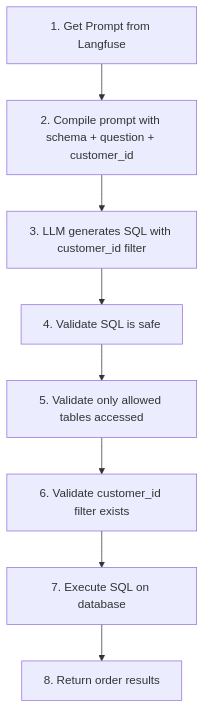
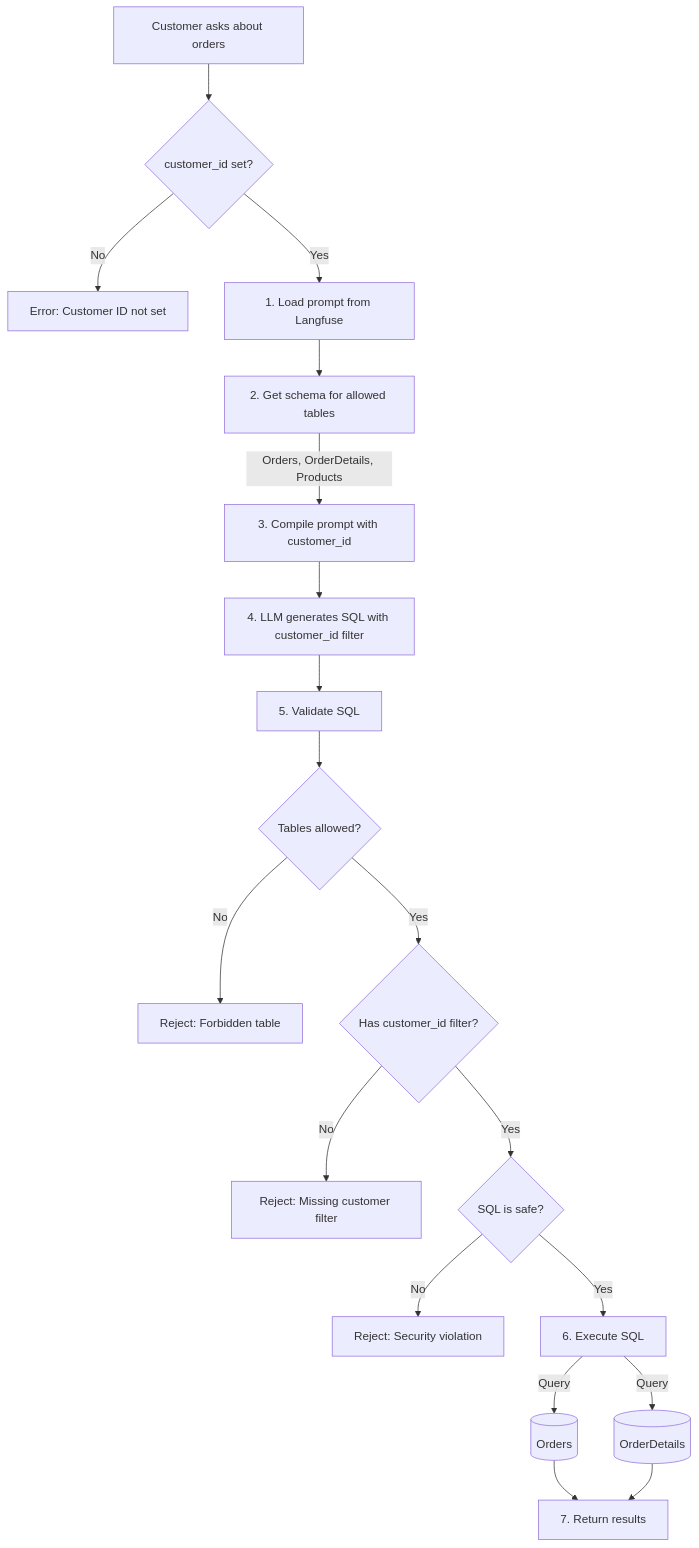
The first of 2 diagrams in docs/multi-agent-systems/modules/tools/knowledge_retrieval/sql/customer/order.md (mhokchuekchuek/mtl_agent), drawn with Mermaid before and after one commit. The commit also changed other lines of this file and 45 other files, not shown here.

````diff
--- a/docs/multi-agent-systems/modules/tools/knowledge_retrieval/sql/customer/order.md
+++ b/docs/multi-agent-systems/modules/tools/knowledge_retrieval/sql/customer/order.md
@@ -34,10 +25,28 @@
 ```mermaid
 flowchart TD
-    A[1. Get Prompt from Langfuse] --> B[2. Compile prompt with schema + question + customer_id]
-    B --> C[3. LLM generates SQL with customer_id filter]
-    C --> D[4. Validate SQL is safe]
-    D --> E[5. Validate only allowed tables accessed]
-    E --> F[6. Validate customer_id filter exists]
-    F --> G[7. Execute SQL on database]
-    G --> H[8. Return order results]
+    START[Customer asks about orders] --> CHECK_ID{customer_id set?}
+    CHECK_ID --> |No| ERROR[Error: Customer ID not set]
+    
+    CHECK_ID --> |Yes| PROMPT[1. Load prompt from Langfuse]
+    PROMPT --> SCHEMA[2. Get schema for allowed tables]
+    SCHEMA --> |Orders, OrderDetails, Products| COMPILE[3. Compile prompt with customer_id]
+    
+    COMPILE --> LLM[4. LLM generates SQL with customer_id filter]
+    LLM --> VALIDATE[5. Validate SQL]
+    
+    VALIDATE --> CHECK_TABLES{Tables allowed?}
+    CHECK_TABLES --> |No| REJECT[Reject: Forbidden table]
+    
+    CHECK_TABLES --> |Yes| CHECK_FILTER{Has customer_id filter?}
+    CHECK_FILTER --> |No| REJECT2[Reject: Missing customer filter]
+    
+    CHECK_FILTER --> |Yes| CHECK_SAFE{SQL is safe?}
+    CHECK_SAFE --> |No| REJECT3[Reject: Security violation]
+    
+    CHECK_SAFE --> |Yes| EXECUTE[6. Execute SQL]
+    EXECUTE --> |Query| ORDERS_TBL[(Orders)]
+    EXECUTE --> |Query| DETAILS_TBL[(OrderDetails)]
+    
+    ORDERS_TBL --> RESULTS[7. Return results]
+    DETAILS_TBL --> RESULTS
 ```
````
